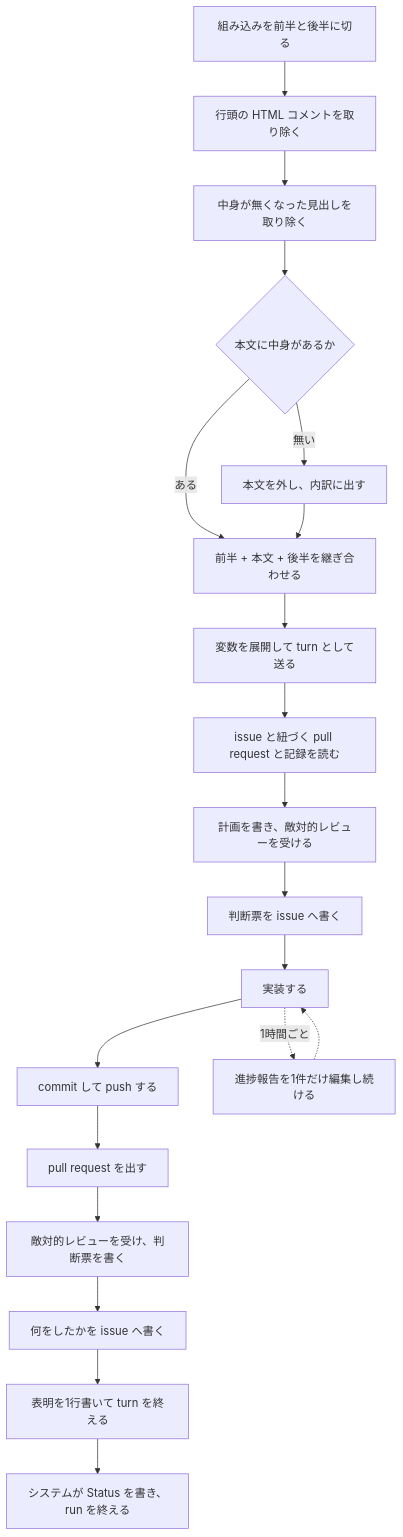
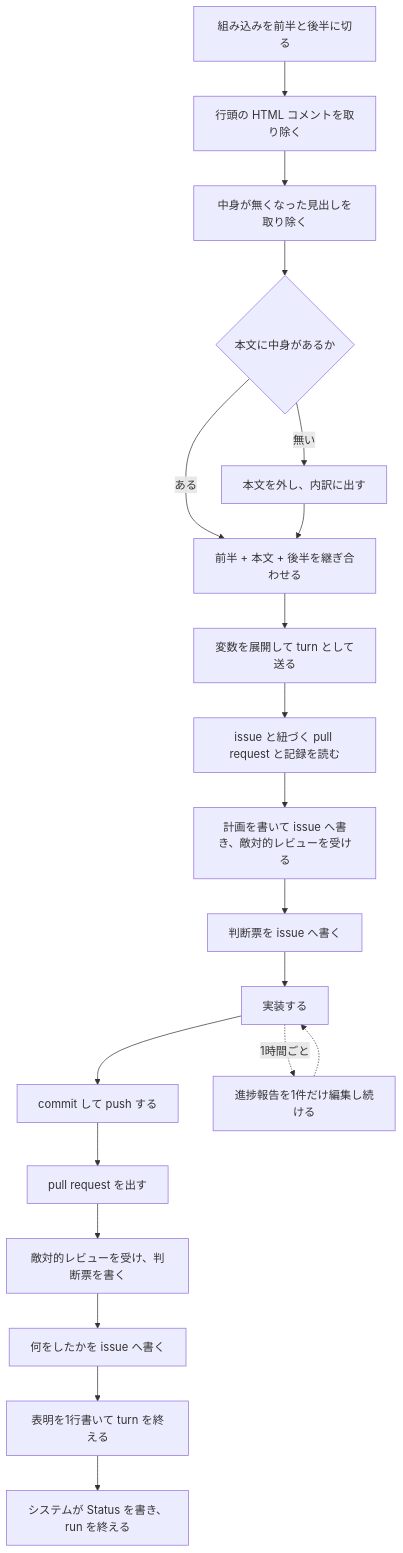
Before and after one commit to maimuzo/continuo: the second of 2 diagrams in docs/spec/usecases/particular_case/指示書に沿って issue を1件仕上げる.rucm.md, drawn with Mermaid. The commit also changed other lines of this file and 6 other files, not shown here.

````diff
--- a/docs/spec/usecases/particular_case/指示書に沿って issue を1件仕上げる.rucm.md
+++ b/docs/spec/usecases/particular_case/指示書に沿って issue を1件仕上げる.rucm.md
@@ -156,21 +158,21 @@
 ```mermaid
 flowchart TD
     A["組み込みを前半と後半に切る"] --> B["行頭の HTML コメントを取り除く"]
     B --> C["中身が無くなった見出しを取り除く"]
     C --> D{"本文に中身があるか"}
     D -->|ある| E["前半 + 本文 + 後半を継ぎ合わせる"]
     D -->|無い| F["本文を外し、内訳に出す"] --> E
     E --> G["変数を展開して turn として送る"]
     G --> H["issue と紐づく pull request と記録を読む"]
-    H --> I["計画を書き、敵対的レビューを受ける"]
+    H --> I["計画を書いて issue へ書き、敵対的レビューを受ける"]
     I --> J["判断票を issue へ書く"]
     J --> K["実装する"]
     K --> L["commit して push する"]
     L --> M["pull request を出す"]
     M --> N["敵対的レビューを受け、判断票を書く"]
     N --> O["何をしたかを issue へ書く"]
     O --> P["表明を1行書いて turn を終える"]
     P --> Q["システムが Status を書き、run を終える"]
     K -. "1時間ごと" .-> R["進捗報告を1件だけ編集し続ける"]
     R -.-> K
 ```
````
